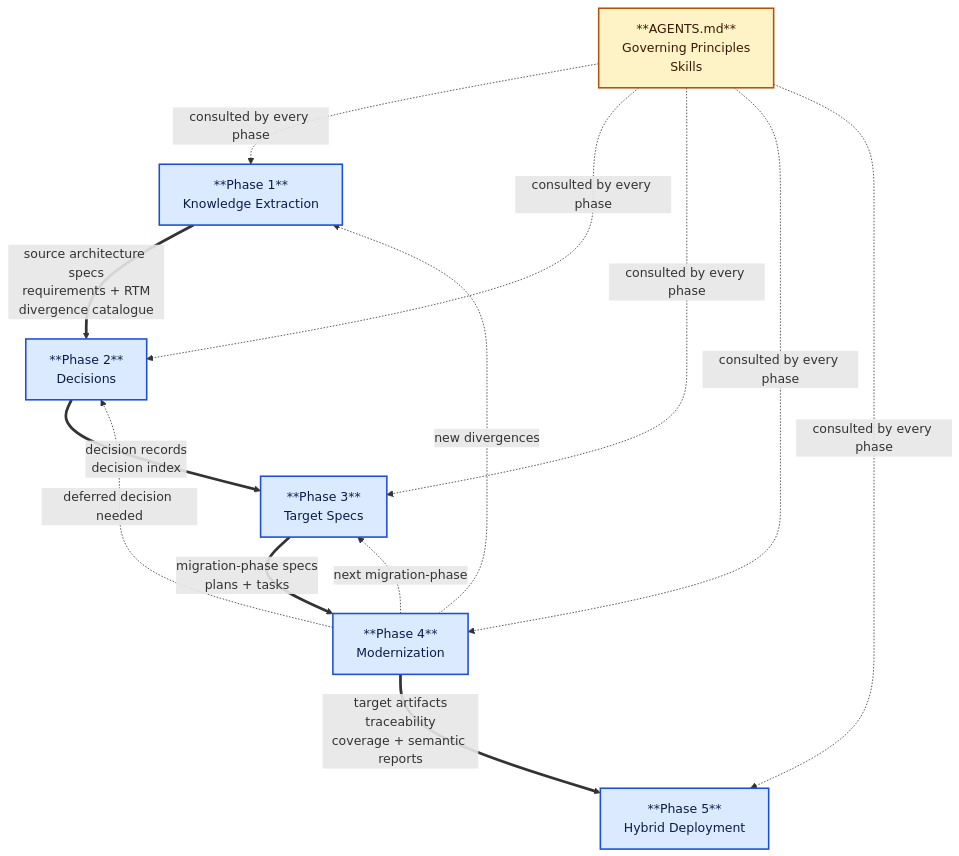
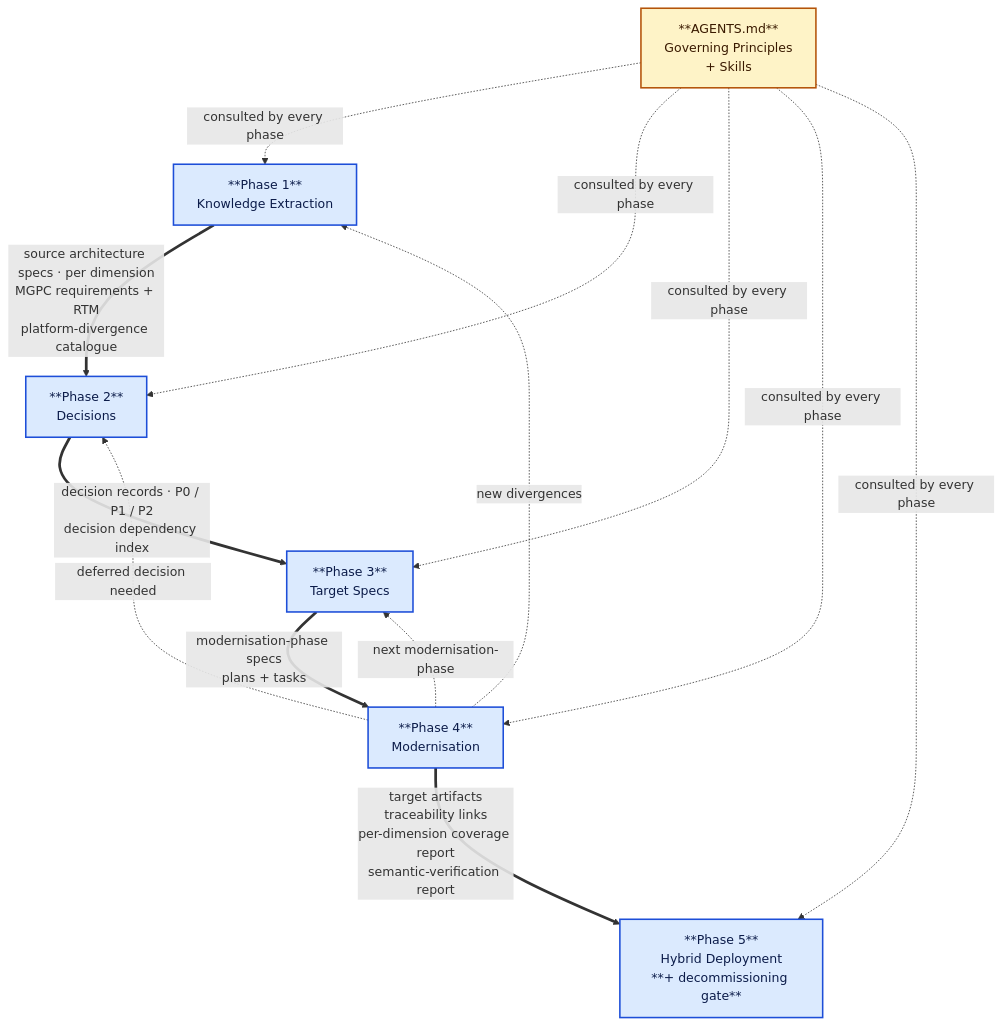
Before and after one commit to rd162/OSS_Migration: the fifth of 5 diagrams in docs/article/image-prompts.md, drawn with Mermaid. The commit also changed other lines of this file and 2 other files, not shown here.

First line of the commit message:
Add framework framing to AI modernization article

````diff
--- a/docs/article/image-prompts.md
+++ b/docs/article/image-prompts.md
@@ -275,20 +342,20 @@
 ```mermaid
 flowchart TB
-    P1["**Phase 1**<br/>Knowledge Extraction"]:::phase ==>|"source architecture specs<br/>requirements + RTM<br/>divergence catalogue"| P2["**Phase 2**<br/>Decisions"]:::phase
-    P2 ==>|"decision records<br/>decision index"| P3["**Phase 3**<br/>Target Specs"]:::phase
-    P3 ==>|"migration-phase specs<br/>plans + tasks"| P4["**Phase 4**<br/>Modernization"]:::phase
-    P4 ==>|"target artifacts<br/>traceability<br/>coverage + semantic reports"| P5["**Phase 5**<br/>Hybrid Deployment"]:::phase
+    P1["**Phase 1**<br/>Knowledge Extraction"]:::phase ==>|"source architecture specs · per dimension<br/>MGPC requirements + RTM<br/>platform-divergence catalogue"| P2["**Phase 2**<br/>Decisions"]:::phase
+    P2 ==>|"decision records · P0 / P1 / P2<br/>decision dependency index"| P3["**Phase 3**<br/>Target Specs"]:::phase
+    P3 ==>|"modernisation-phase specs<br/>plans + tasks"| P4["**Phase 4**<br/>Modernisation"]:::phase
+    P4 ==>|"target artifacts<br/>traceability links<br/>per-dimension coverage report<br/>semantic-verification report"| P5["**Phase 5**<br/>Hybrid Deployment<br/>**+ decommissioning gate**"]:::phase
     P4 -. "new divergences" .-> P1
     P4 -. "deferred decision needed" .-> P2
-    P4 -. "next migration-phase" .-> P3
+    P4 -. "next modernisation-phase" .-> P3
 
-    GF["**AGENTS.md**<br/>Governing Principles<br/>Skills"]:::gov
+    GF["**AGENTS.md**<br/>Governing Principles<br/>+ Skills"]:::gov
     GF -. "consulted by every phase" .-> P1
     GF -. "consulted by every phase" .-> P2
     GF -. "consulted by every phase" .-> P3
     GF -. "consulted by every phase" .-> P4
     GF -. "consulted by every phase" .-> P5
 
     classDef phase fill:#dbeafe,stroke:#1d4ed8,stroke-width:2px,color:#0c1c4a;
     classDef gov fill:#fef3c7,stroke:#b45309,stroke-width:2px,color:#3a1a00;
 ```
````
